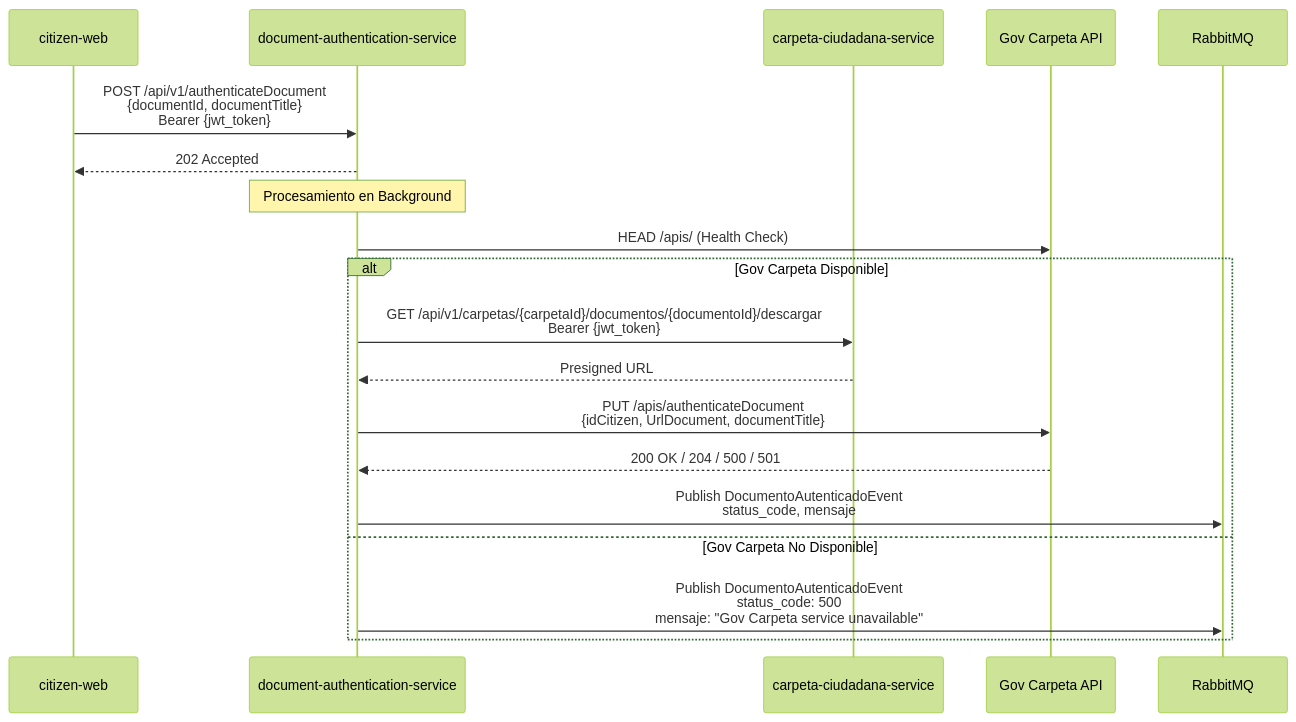
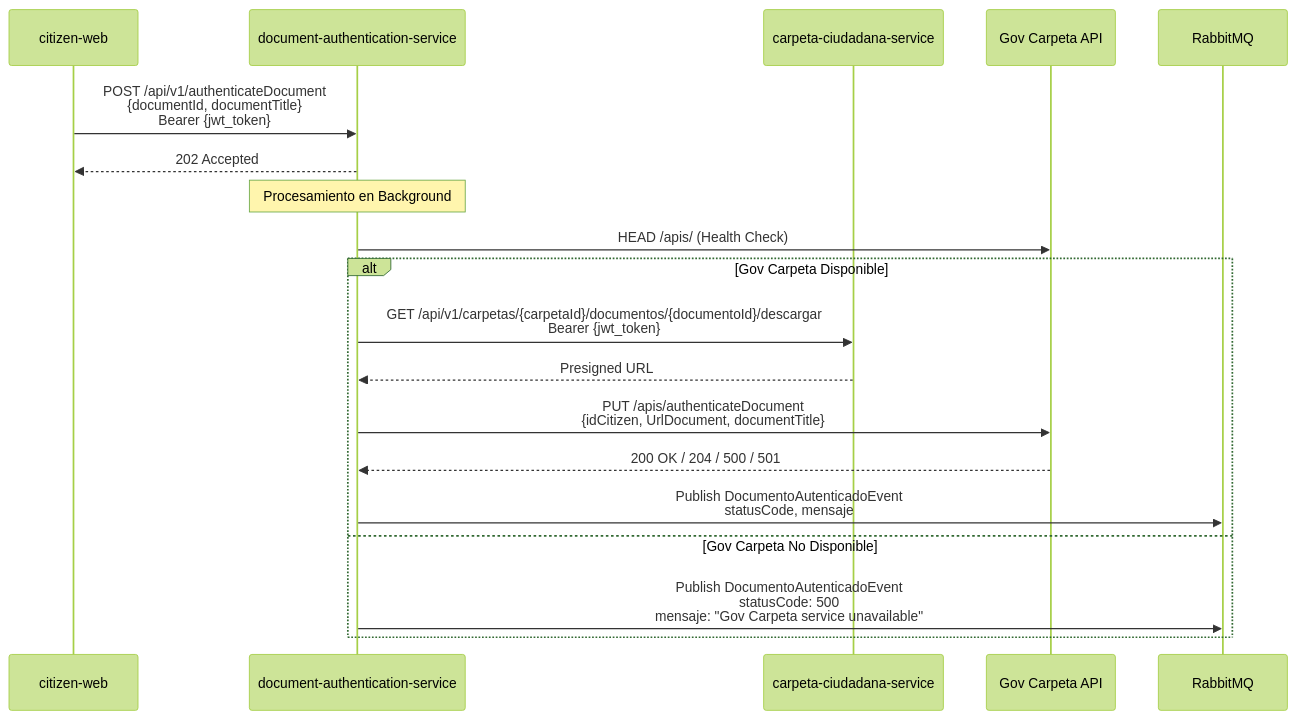
One commit to edwaraco/carpetaCiudadana changed the diagram in services/document-authentication-service/README.md. Above: the diagram before and after it, drawn with Mermaid (forest theme). The commit also changed other lines of this file and 87 other files, not shown here.

````diff
--- a/services/document-authentication-service/README.md
+++ b/services/document-authentication-service/README.md
@@ -11,27 +11,27 @@
 ```mermaid
 sequenceDiagram
     participant CW as citizen-web
     participant DAS as document-authentication-service
     participant CCS as carpeta-ciudadana-service
     participant GC as Gov Carpeta API
     participant RMQ as RabbitMQ
 
     CW->>DAS: POST /api/v1/authenticateDocument<br/>{documentId, documentTitle}<br/>Bearer {jwt_token}
     DAS-->>CW: 202 Accepted
     
     Note over DAS: Procesamiento en Background
     
     DAS->>GC: HEAD /apis/ (Health Check)
     
     alt Gov Carpeta Disponible
         DAS->>CCS: GET /api/v1/carpetas/{carpetaId}/documentos/{documentoId}/descargar<br/>Bearer {jwt_token}
         CCS-->>DAS: Presigned URL
         
         DAS->>GC: PUT /apis/authenticateDocument<br/>{idCitizen, UrlDocument, documentTitle}
         GC-->>DAS: 200 OK / 204 / 500 / 501
         
-        DAS->>RMQ: Publish DocumentoAutenticadoEvent<br/>status_code, mensaje
+        DAS->>RMQ: Publish DocumentoAutenticadoEvent<br/>statusCode, mensaje
     else Gov Carpeta No Disponible
-        DAS->>RMQ: Publish DocumentoAutenticadoEvent<br/>status_code: 500<br/>mensaje: "Gov Carpeta service unavailable"
+        DAS->>RMQ: Publish DocumentoAutenticadoEvent<br/>statusCode: 500<br/>mensaje: "Gov Carpeta service unavailable"
     end
 ```
````
